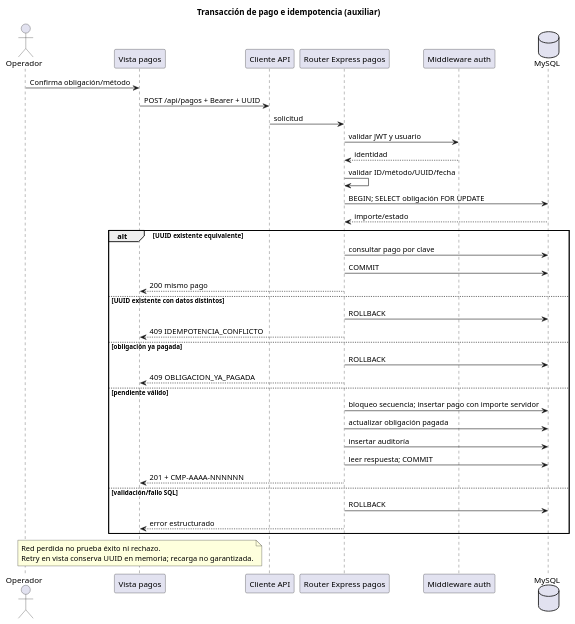
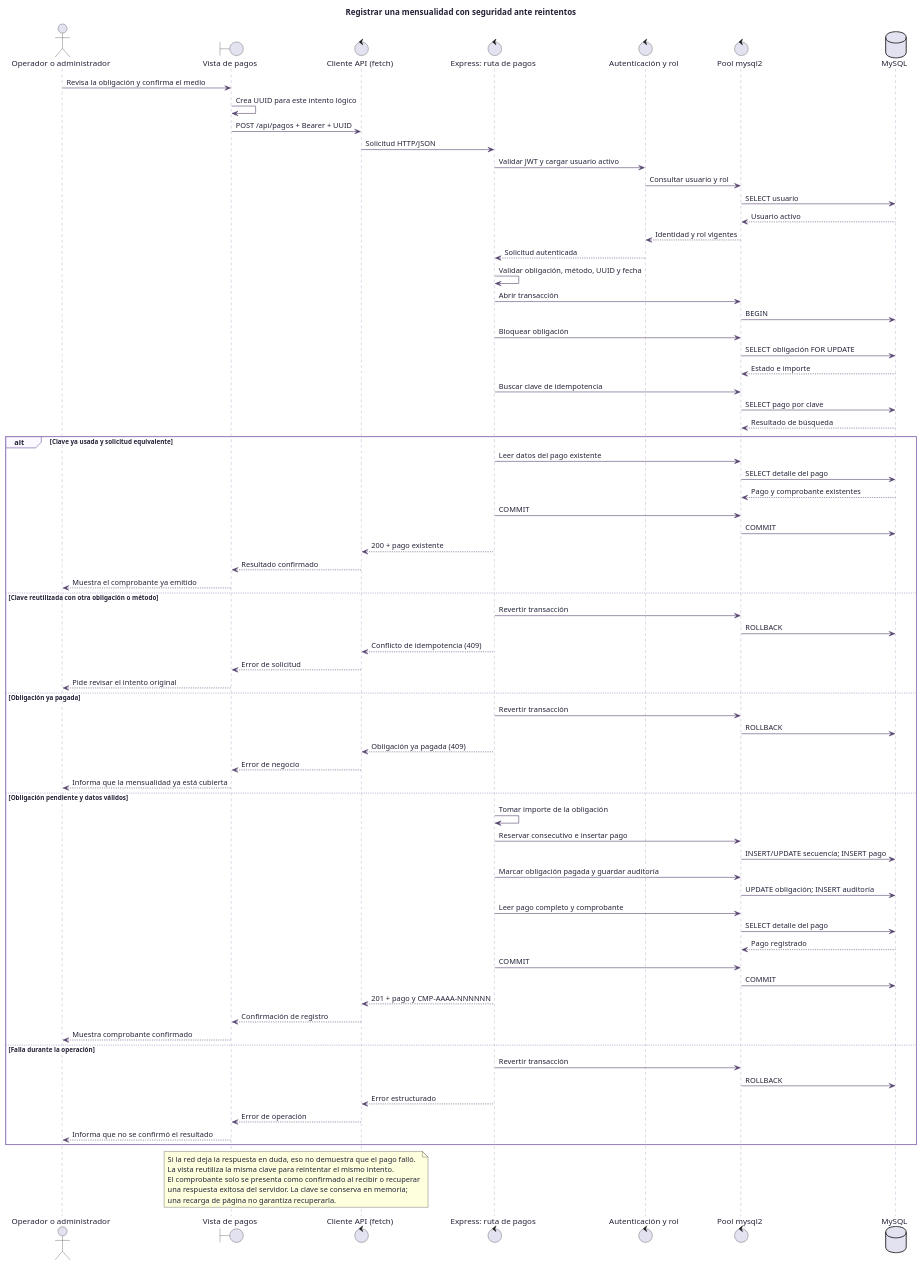
The diagram in full stack/docs/entrega-iteracion-3/diagramas/modelos-editables/secuencia-pago.puml (brayandurango-lgtm/Disenio-de-sistema-de-informacion-iteracion-tres), drawn with PlantUML before and after one commit. The commit also changed 6 other files, not shown here.

Commit message:
Actualizacion en los diagramas

```diff
--- a/full stack/docs/entrega-iteracion-3/diagramas/modelos-editables/secuencia-pago.puml
+++ b/full stack/docs/entrega-iteracion-3/diagramas/modelos-editables/secuencia-pago.puml
@@ -1,41 +1,93 @@
 @startuml
-title Transacción de pago e idempotencia (auxiliar)
-actor Operador as O
-participant "Vista pagos" as FE
-participant "Cliente API" as API
-participant "Router Express pagos" as R
-participant "Middleware auth" as M
-database MySQL as DB
-O -> FE: Confirma obligación/método
-FE -> API: POST /api/pagos + Bearer + UUID
-API -> R: solicitud
-R -> M: validar JWT y usuario
-M --> R: identidad
-R -> R: validar ID/método/UUID/fecha
-R -> DB: BEGIN; SELECT obligación FOR UPDATE
-DB --> R: importe/estado
-alt UUID existente equivalente
- R -> DB: consultar pago por clave
- R -> DB: COMMIT
- R --> FE: 200 mismo pago
-else UUID existente con datos distintos
- R -> DB: ROLLBACK
- R --> FE: 409 IDEMPOTENCIA_CONFLICTO
-else obligación ya pagada
- R -> DB: ROLLBACK
- R --> FE: 409 OBLIGACION_YA_PAGADA
-else pendiente válido
- R -> DB: bloqueo secuencia; insertar pago con importe servidor
- R -> DB: actualizar obligación pagada
- R -> DB: insertar auditoría
- R -> DB: leer respuesta; COMMIT
- R --> FE: 201 + CMP-AAAA-NNNNNN
-else validación/fallo SQL
- R -> DB: ROLLBACK
- R --> FE: error estructurado
+skinparam backgroundColor #FFFFFF
+skinparam defaultFontColor #242238
+skinparam shadowing false
+skinparam sequence {
+  ArrowColor #55436F
+  LifeLineBorderColor #8C79A8
+  LifeLineBackgroundColor #F5F1FF
+  ParticipantBorderColor #7653A6
+  ParticipantBackgroundColor #F5F1FF
+  GroupBorderColor #9B83BD
+  GroupBackgroundColor #FBF9FF
+}
+title Registrar una mensualidad con seguridad ante reintentos
+actor "Operador o administrador" as Usuario
+boundary "Vista de pagos" as Vista
+control "Cliente API (fetch)" as API
+control "Express: ruta de pagos" as Ruta
+control "Autenticación y rol" as Auth
+control "Pool mysql2" as Pool
+database "MySQL" as DB
+
+Usuario -> Vista: Revisa la obligación y confirma el medio
+Vista -> Vista: Crea UUID para este intento lógico
+Vista -> API: POST /api/pagos + Bearer + UUID
+API -> Ruta: Solicitud HTTP/JSON
+Ruta -> Auth: Validar JWT y cargar usuario activo
+Auth -> Pool: Consultar usuario y rol
+Pool -> DB: SELECT usuario
+DB --> Pool: Usuario activo
+Pool --> Auth: Identidad y rol vigentes
+Auth --> Ruta: Solicitud autenticada
+Ruta -> Ruta: Validar obligación, método, UUID y fecha
+Ruta -> Pool: Abrir transacción
+Pool -> DB: BEGIN
+Ruta -> Pool: Bloquear obligación
+Pool -> DB: SELECT obligación FOR UPDATE
+DB --> Pool: Estado e importe
+Ruta -> Pool: Buscar clave de idempotencia
+Pool -> DB: SELECT pago por clave
+DB --> Pool: Resultado de búsqueda
+
+alt Clave ya usada y solicitud equivalente
+  Ruta -> Pool: Leer datos del pago existente
+  Pool -> DB: SELECT detalle del pago
+  DB --> Pool: Pago y comprobante existentes
+  Ruta -> Pool: COMMIT
+  Pool -> DB: COMMIT
+  Ruta --> API: 200 + pago existente
+  API --> Vista: Resultado confirmado
+  Vista --> Usuario: Muestra el comprobante ya emitido
+else Clave reutilizada con otra obligación o método
+  Ruta -> Pool: Revertir transacción
+  Pool -> DB: ROLLBACK
+  Ruta --> API: Conflicto de idempotencia (409)
+  API --> Vista: Error de solicitud
+  Vista --> Usuario: Pide revisar el intento original
+else Obligación ya pagada
+  Ruta -> Pool: Revertir transacción
+  Pool -> DB: ROLLBACK
+  Ruta --> API: Obligación ya pagada (409)
+  API --> Vista: Error de negocio
+  Vista --> Usuario: Informa que la mensualidad ya está cubierta
+else Obligación pendiente y datos válidos
+  Ruta -> Ruta: Tomar importe de la obligación
+  Ruta -> Pool: Reservar consecutivo e insertar pago
+  Pool -> DB: INSERT/UPDATE secuencia; INSERT pago
+  Ruta -> Pool: Marcar obligación pagada y guardar auditoría
+  Pool -> DB: UPDATE obligación; INSERT auditoría
+  Ruta -> Pool: Leer pago completo y comprobante
+  Pool -> DB: SELECT detalle del pago
+  DB --> Pool: Pago registrado
+  Ruta -> Pool: COMMIT
+  Pool -> DB: COMMIT
+  Ruta --> API: 201 + pago y CMP-AAAA-NNNNNN
+  API --> Vista: Confirmación de registro
+  Vista --> Usuario: Muestra comprobante confirmado
+else Falla durante la operación
+  Ruta -> Pool: Revertir transacción
+  Pool -> DB: ROLLBACK
+  Ruta --> API: Error estructurado
+  API --> Vista: Error de operación
+  Vista --> Usuario: Informa que no se confirmó el resultado
 end
-note over FE
-Red perdida no prueba éxito ni rechazo.
-Retry en vista conserva UUID en memoria; recarga no garantizada.
+
+note over Vista,API
+Si la red deja la respuesta en duda, eso no demuestra que el pago falló.
+La vista reutiliza la misma clave para reintentar el mismo intento.
+El comprobante solo se presenta como confirmado al recibir o recuperar
+una respuesta exitosa del servidor. La clave se conserva en memoria;
+una recarga de página no garantiza recuperarla.
 end note
 @enduml
```
